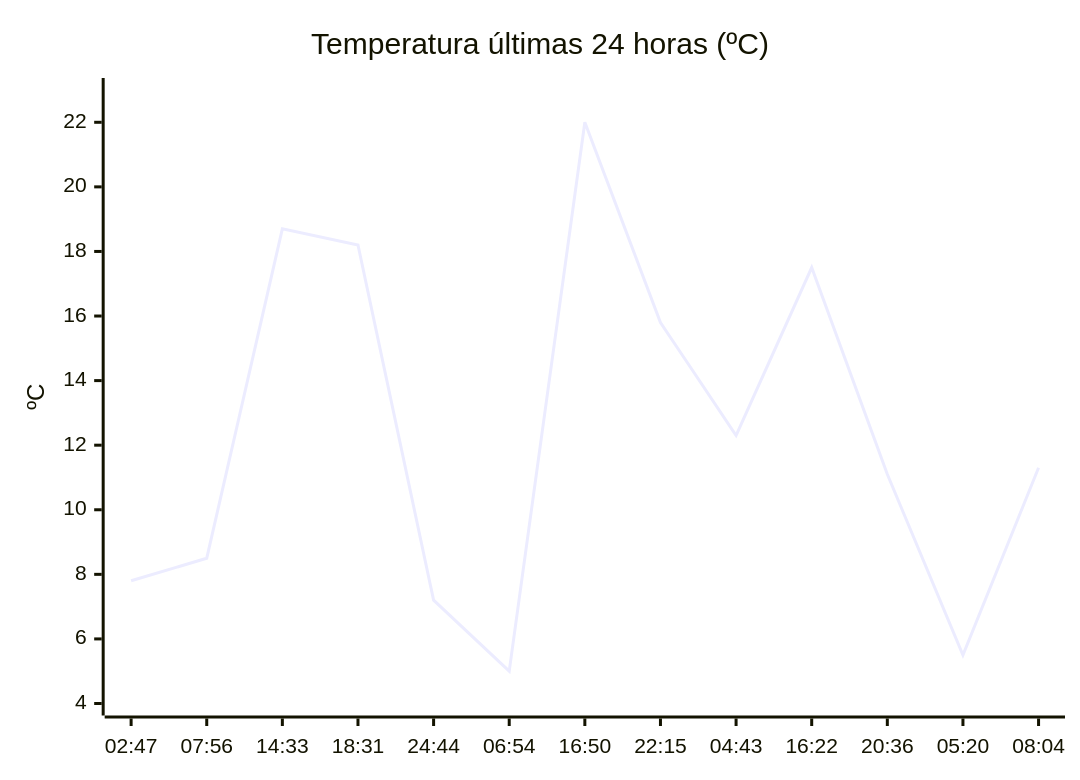
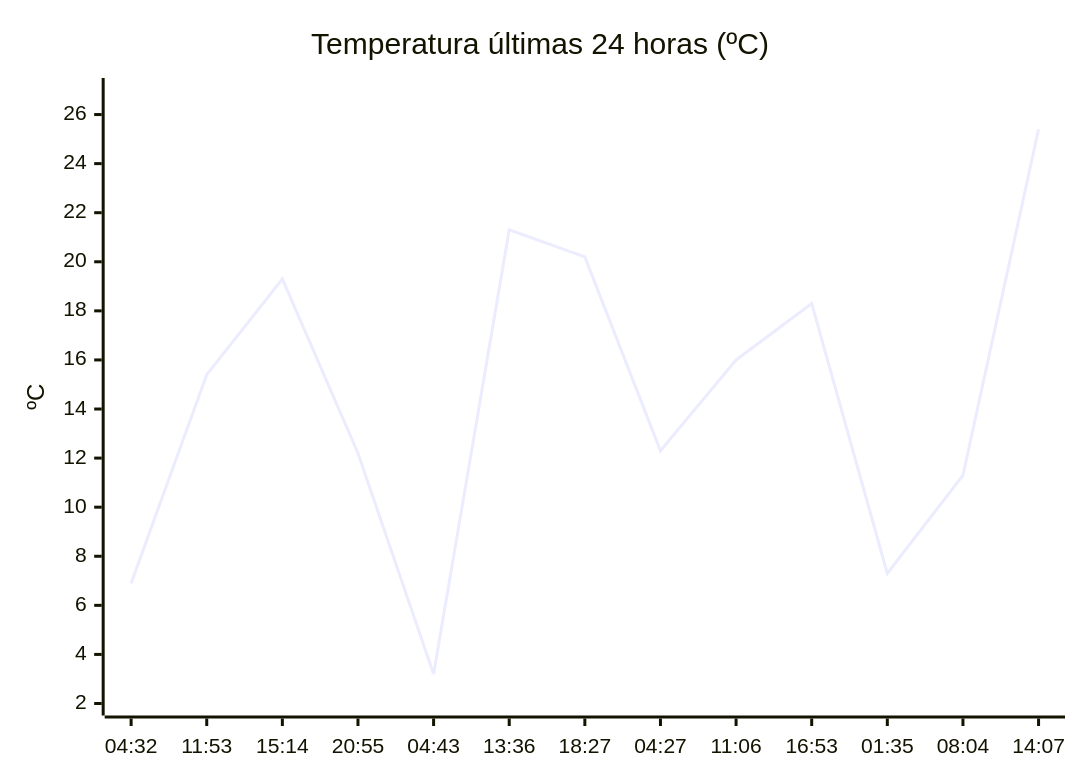
Before and after one commit to solidsnk86/rem-scrap: the diagram in README.md, drawn with Mermaid. The commit also changed other lines of this file, not shown here.

````diff
--- a/README.md
+++ b/README.md
@@ -32,7 +32,7 @@
 ```mermaid
 xychart-beta
     title "Temperatura últimas 24 horas (ºC)"
-    x-axis ["02:47", "07:56", "14:33", "18:31", "24:44", "06:54", "16:50", "22:15", "04:43", "16:22", "20:36", "05:20", "08:04"]
-    y-axis "ºC" 4 --> 23
-    line [7.8, 8.5, 18.7, 18.2, 7.2, 5, 22, 15.8, 12.3, 17.5, 11.1, 5.5, 11.3]
+    x-axis ["04:32", "11:53", "15:14", "20:55", "04:43", "13:36", "18:27", "04:27", "11:06", "16:53", "01:35", "08:04", "14:07"]
+    y-axis "ºC" 2 --> 27
+    line [6.9, 15.4, 19.3, 12.2, 3.2, 21.3, 20.2, 12.3, 16, 18.3, 7.3, 11.3, 25.4]
 ```
````
